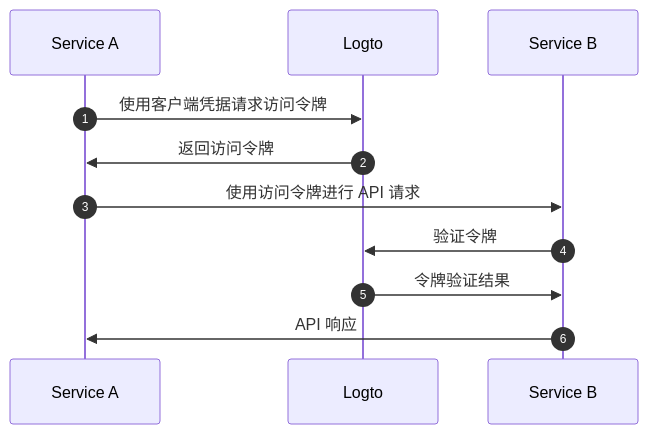
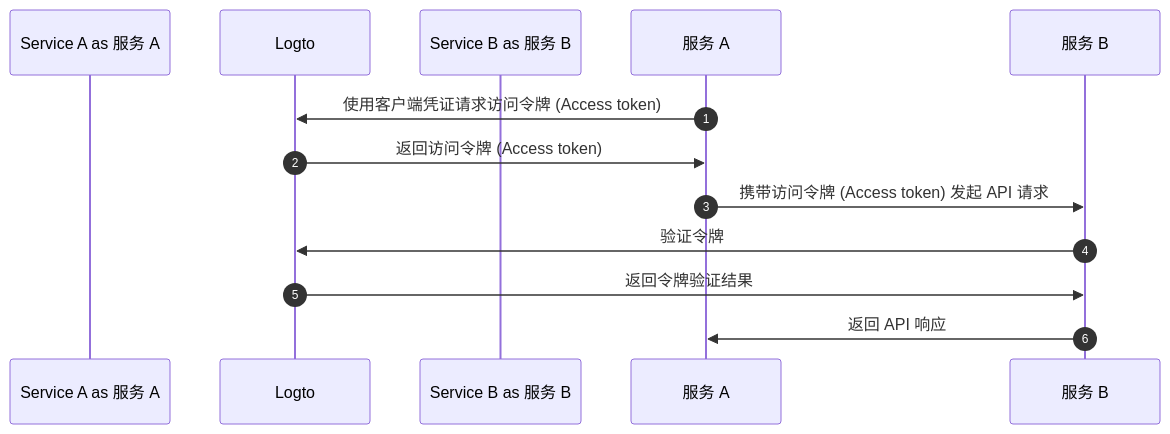
One commit to logto-io/docs changed the second of 4 diagrams in i18n/zh-CN/docusaurus-plugin-content-docs/current/integrate-logto/integrate-logto-into-your-application/understand-authentication-flow.mdx. Above: the diagram before and after it, drawn with Mermaid. The commit also changed other lines of this file and 44 other files, not shown here.

````diff
--- a/i18n/zh-CN/docusaurus-plugin-content-docs/current/integrate-logto/integrate-logto-into-your-application/understand-authentication-flow.mdx
+++ b/i18n/zh-CN/docusaurus-plugin-content-docs/current/integrate-logto/integrate-logto-into-your-application/understand-authentication-flow.mdx
@@ -42,14 +42,14 @@
 ```mermaid
 sequenceDiagram
     autonumber
-    participant Service A
+    participant Service A as 服务 A
     participant Logto
-    participant Service B
+    participant Service B as 服务 B
 
-    Service A->>Logto: 使用客户端凭据请求访问令牌
-    Logto->>Service A: 返回访问令牌
-    Service A->>Service B: 使用访问令牌进行 API 请求
-    Service B->>Logto: 验证令牌
-    Logto->>Service B: 令牌验证结果
-    Service B->>Service A: API 响应
+    服务 A->>Logto: 使用客户端凭证请求访问令牌 (Access token)
+    Logto->>服务 A: 返回访问令牌 (Access token)
+    服务 A->>服务 B: 携带访问令牌 (Access token) 发起 API 请求
+    服务 B->>Logto: 验证令牌
+    Logto->>服务 B: 返回令牌验证结果
+    服务 B->>服务 A: 返回 API 响应
 ```
````
